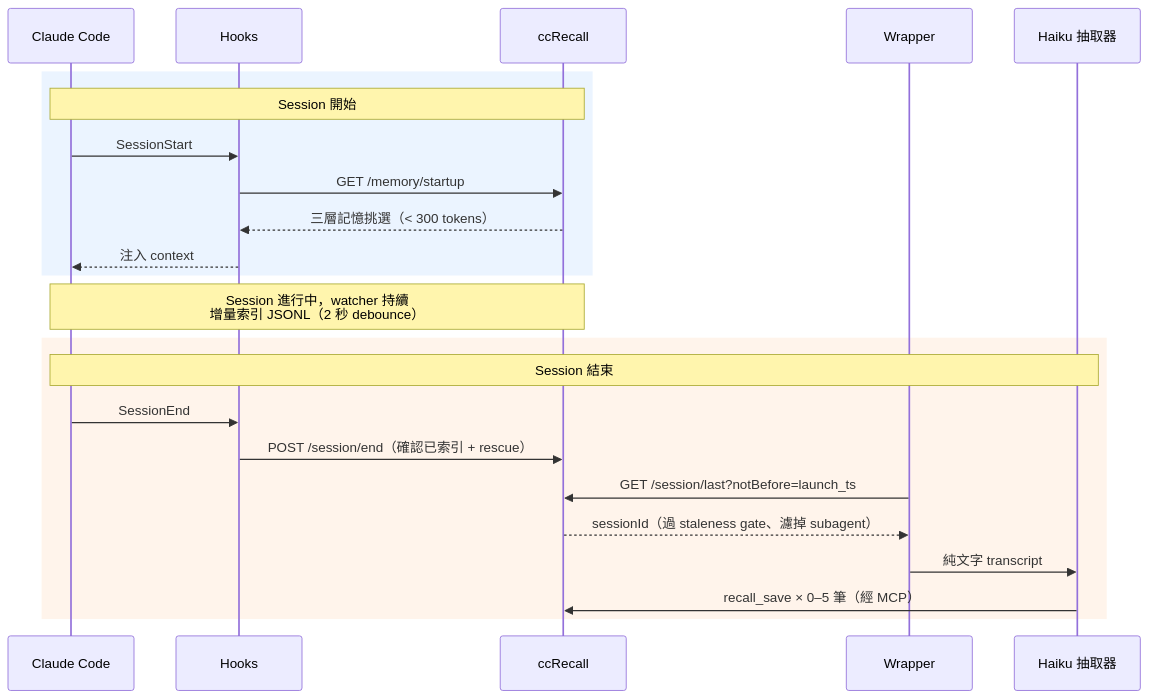
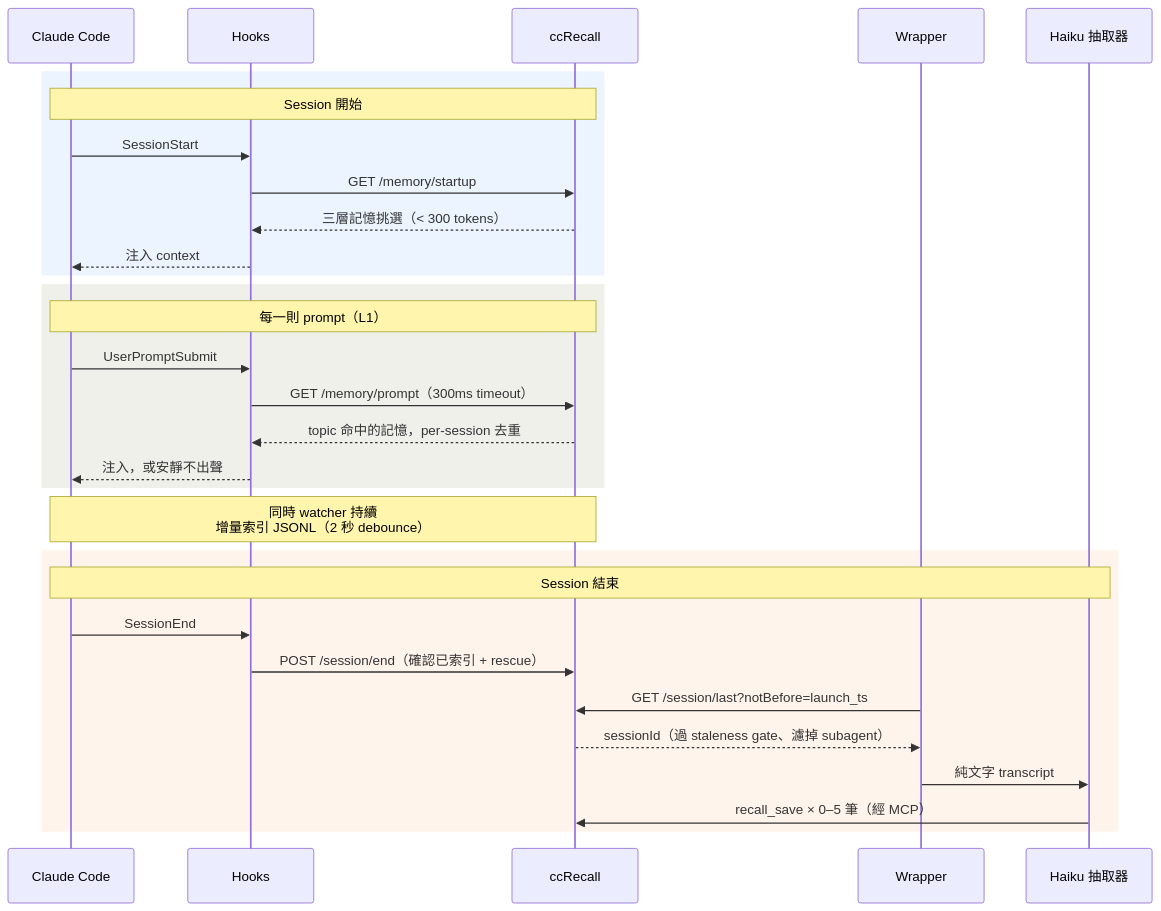
One commit to tznthou/ccRecall changed the second of 2 diagrams in README_ZH.md. Above: the diagram before and after it, drawn with Mermaid. The commit also changed other lines of this file and 2 other files, not shown here.

````diff
--- a/README_ZH.md
+++ b/README_ZH.md
@@ -110,28 +114,36 @@
 ```mermaid
 sequenceDiagram
     participant CC as Claude Code
     participant H as Hooks
     participant R as ccRecall
     participant W as Wrapper
     participant X as Haiku 抽取器
 
     rect rgb(235, 244, 255)
     Note over CC,R: Session 開始
     CC->>H: SessionStart
     H->>R: GET /memory/startup
     R-->>H: 三層記憶挑選（< 300 tokens）
     H-->>CC: 注入 context
     end
 
-    Note over CC,R: Session 進行中，watcher 持續<br/>增量索引 JSONL（2 秒 debounce）
+    rect rgb(240, 240, 235)
+    Note over CC,R: 每一則 prompt（L1）
+    CC->>H: UserPromptSubmit
+    H->>R: GET /memory/prompt（300ms timeout）
+    R-->>H: topic 命中的記憶，per-session 去重
+    H-->>CC: 注入，或安靜不出聲
+    end
+
+    Note over CC,R: 同時 watcher 持續<br/>增量索引 JSONL（2 秒 debounce）
 
     rect rgb(255, 244, 235)
     Note over CC,X: Session 結束
     CC->>H: SessionEnd
     H->>R: POST /session/end（確認已索引 + rescue）
     W->>R: GET /session/last?notBefore=launch_ts
     R-->>W: sessionId（過 staleness gate、濾掉 subagent）
     W->>X: 純文字 transcript
     X->>R: recall_save × 0–5 筆（經 MCP）
     end
 ```
````
